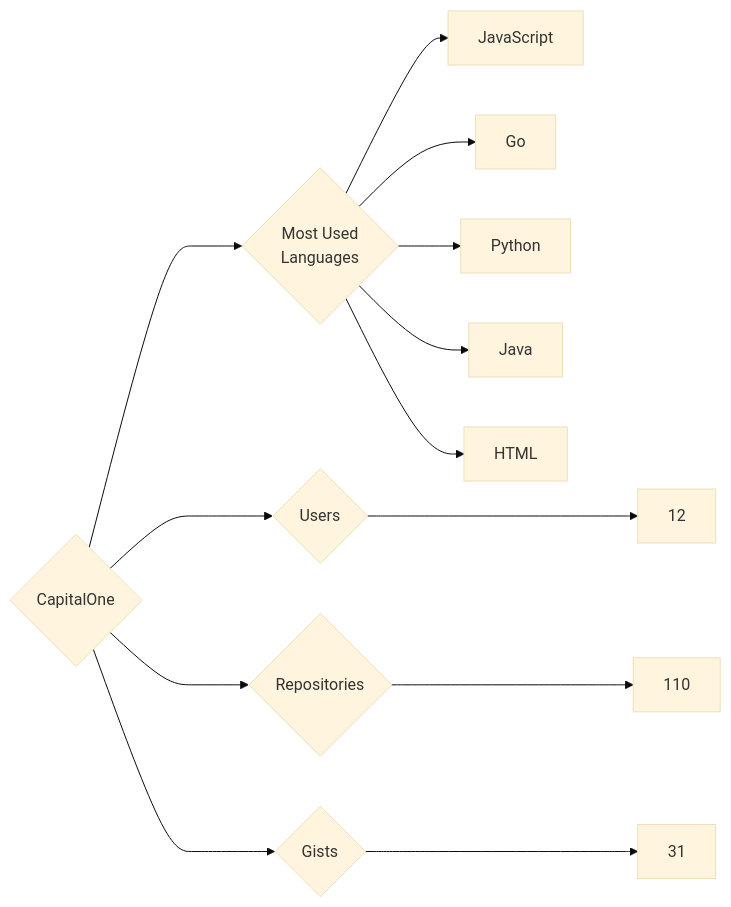
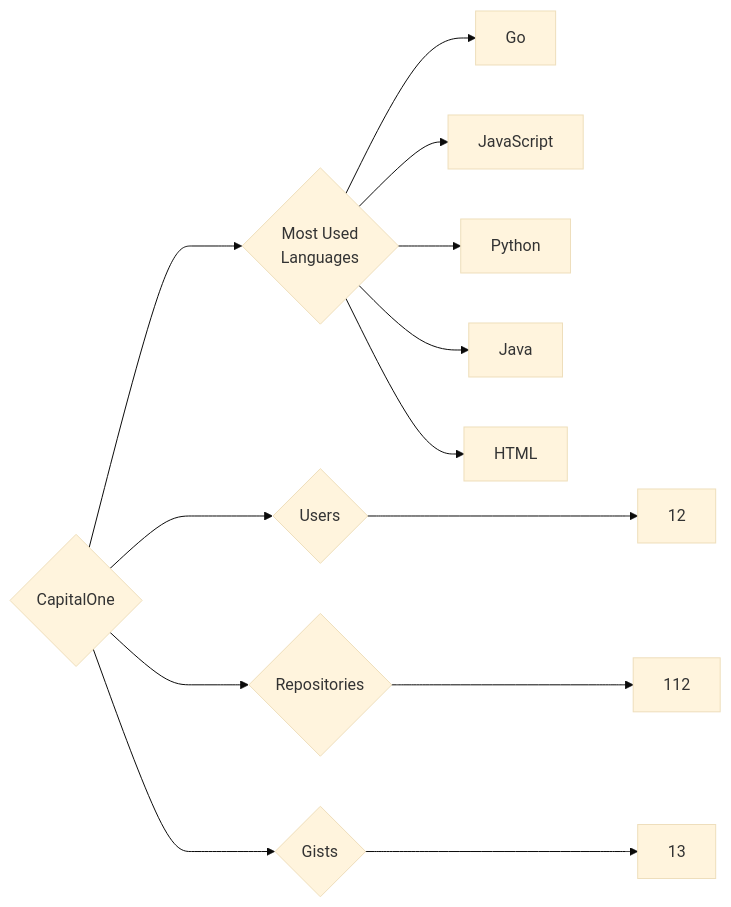
One commit to trickest/insiders changed the diagram in targets/CapitalOne/README.md. Above: the diagram before and after it, drawn with Mermaid (base theme). The commit also changed 1238 other files, not shown here.

````diff
--- a/targets/CapitalOne/README.md
+++ b/targets/CapitalOne/README.md
@@ -3,13 +3,13 @@
 ```mermaid
 graph LR
 COMPANY_NAME{CapitalOne}
 COMPANY_NAME ---> U{Users} ---> UN[12]
-COMPANY_NAME ---> R{Repositories} ---> RN[110]
-COMPANY_NAME ---> G{Gists} ---> GN[31]
+COMPANY_NAME ---> R{Repositories} ---> RN[112]
+COMPANY_NAME ---> G{Gists} ---> GN[13]
 COMPANY_NAME ---> ML{Most Used<br>Languages}
+ML --> Go[Go]
 ML --> JavaScript[JavaScript]
-ML --> Go[Go]
 ML --> Python[Python]
 ML --> Java[Java]
 ML --> HTML[HTML]
 ```
````
